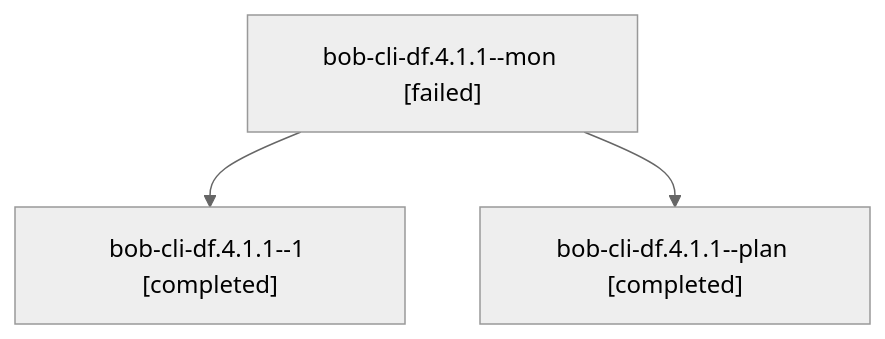
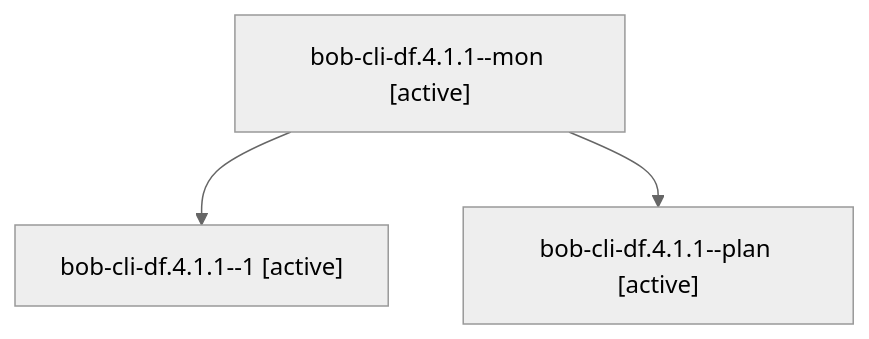
Before and after one commit to bobs-org/bob-cli--agents: the diagram in sessions/bbugyi200.athena.bob-cli-df.4.1.1.md, drawn with Mermaid (neutral theme). The commit also changed other lines of this file and 128 other files, not shown here.

````diff
--- a/sessions/bbugyi200.athena.bob-cli-df.4.1.1.md
+++ b/sessions/bbugyi200.athena.bob-cli-df.4.1.1.md
@@ -9,8 +9,8 @@
 ```mermaid
 flowchart TD
-  n0["bob-cli-df.4.1.1--mon [failed]"]
-  n1["bob-cli-df.4.1.1--1 [completed]"]
+  n0["bob-cli-df.4.1.1--mon [active]"]
+  n1["bob-cli-df.4.1.1--1 [active]"]
   n0 --> n1
-  n2["bob-cli-df.4.1.1--plan [completed]"]
+  n2["bob-cli-df.4.1.1--plan [active]"]
   n0 --> n2
 ```
````
